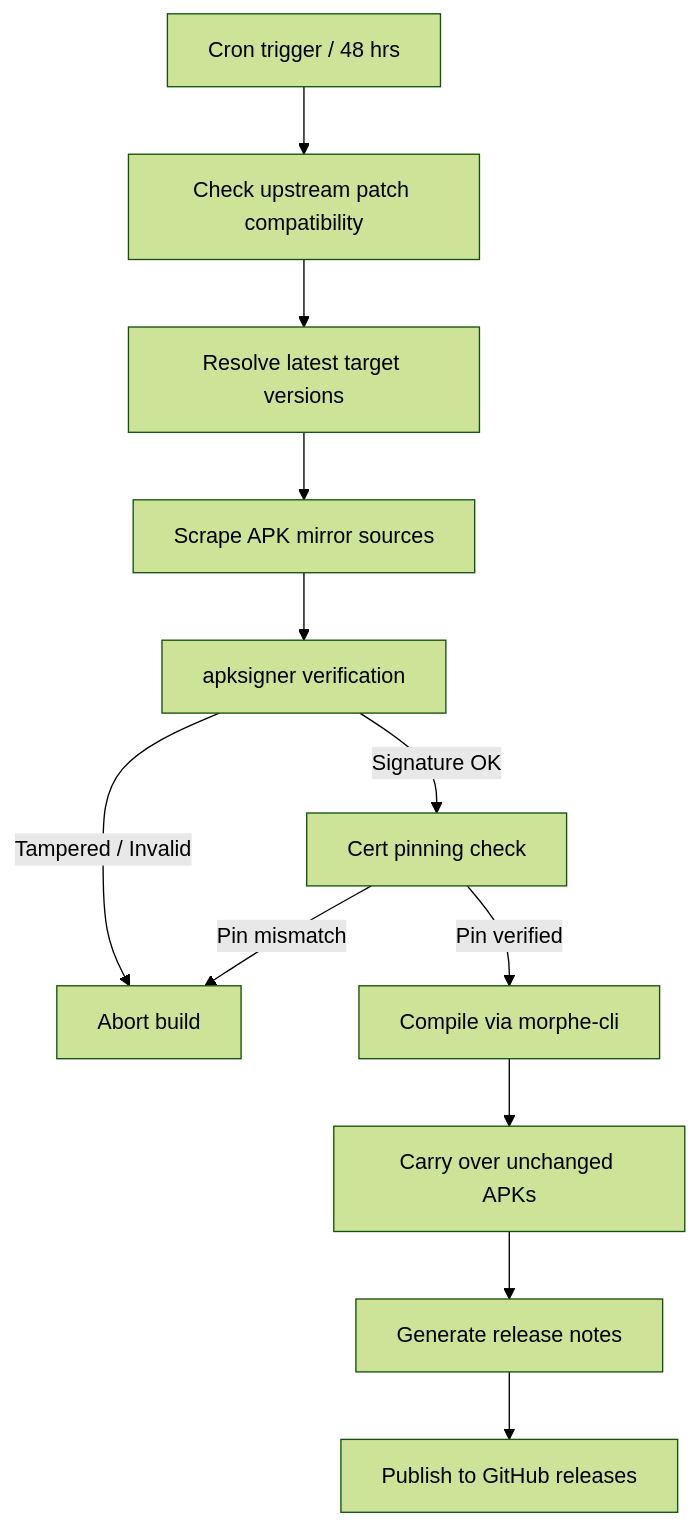
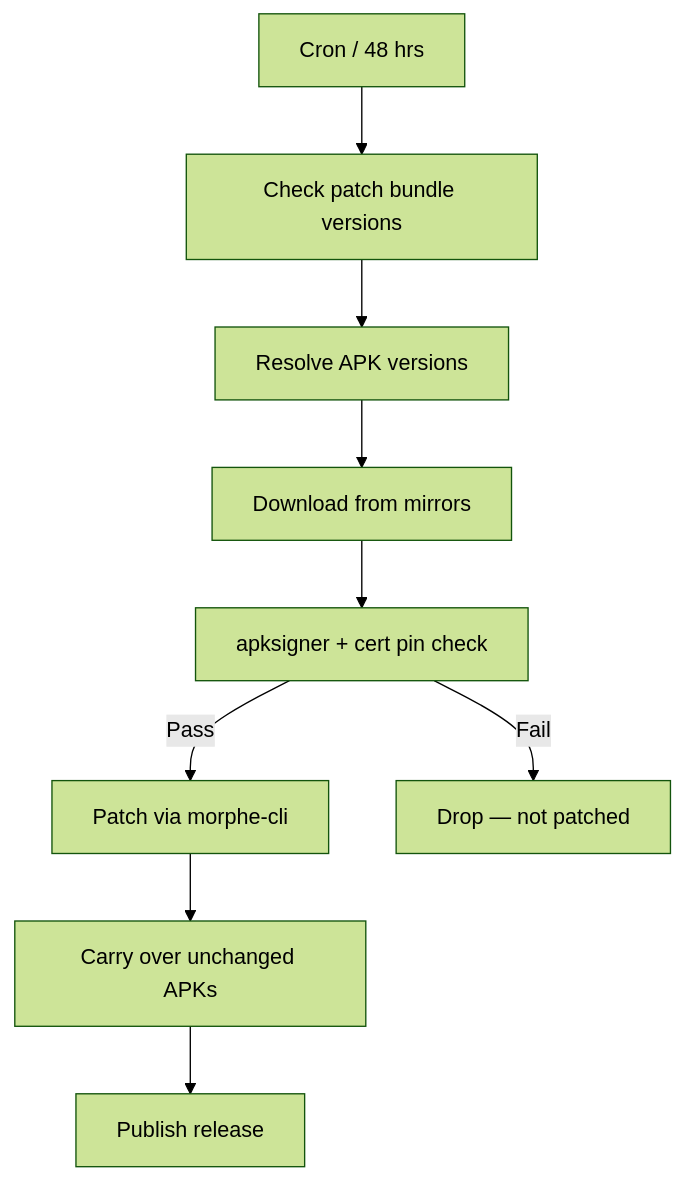
One commit to X-Abhishek-X/Morphe-Automated-Build-Scripts changed the diagram in README.md. Above: the diagram before and after it, drawn with Mermaid (forest theme). The commit also changed other lines of this file, not shown here.

````diff
--- a/README.md
+++ b/README.md
@@ -172,14 +155,11 @@
 ```mermaid
 graph TD
-    A[Cron trigger / 48 hrs] --> B[Check upstream patch compatibility]
-    B --> C[Resolve latest target versions]
-    C --> D[Scrape APK mirror sources]
-    D --> E[apksigner verification]
-    E -->|Signature OK| F[Cert pinning check]
-    E -->|Tampered / Invalid| X[Abort build]
-    F -->|Pin verified| G[Compile via morphe-cli]
-    F -->|Pin mismatch| X
-    G --> H[Carry over unchanged APKs]
-    H --> I[Generate release notes]
-    I --> J[Publish to GitHub releases]
+    A[Cron / 48 hrs] --> B[Check patch bundle versions]
+    B --> C[Resolve APK versions]
+    C --> D[Download from mirrors]
+    D --> E[apksigner + cert pin check]
+    E -->|Pass| F[Patch via morphe-cli]
+    E -->|Fail| X[Drop — not patched]
+    F --> G[Carry over unchanged APKs]
+    G --> H[Publish release]
 ```
````
